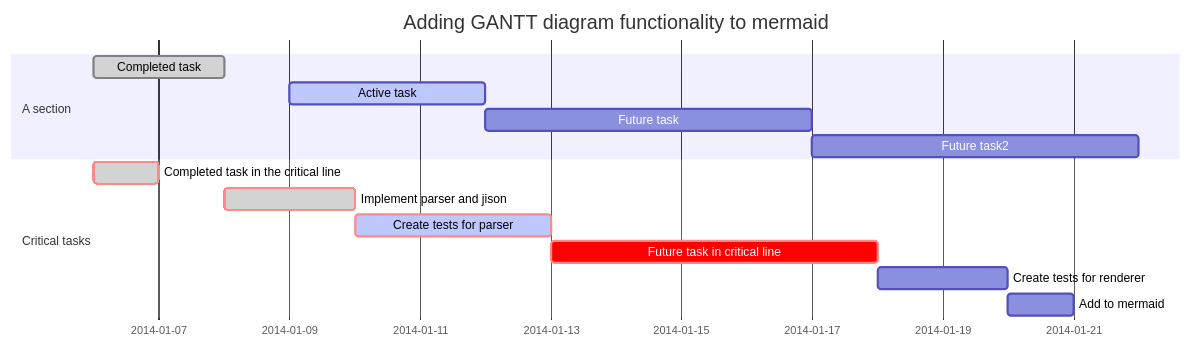
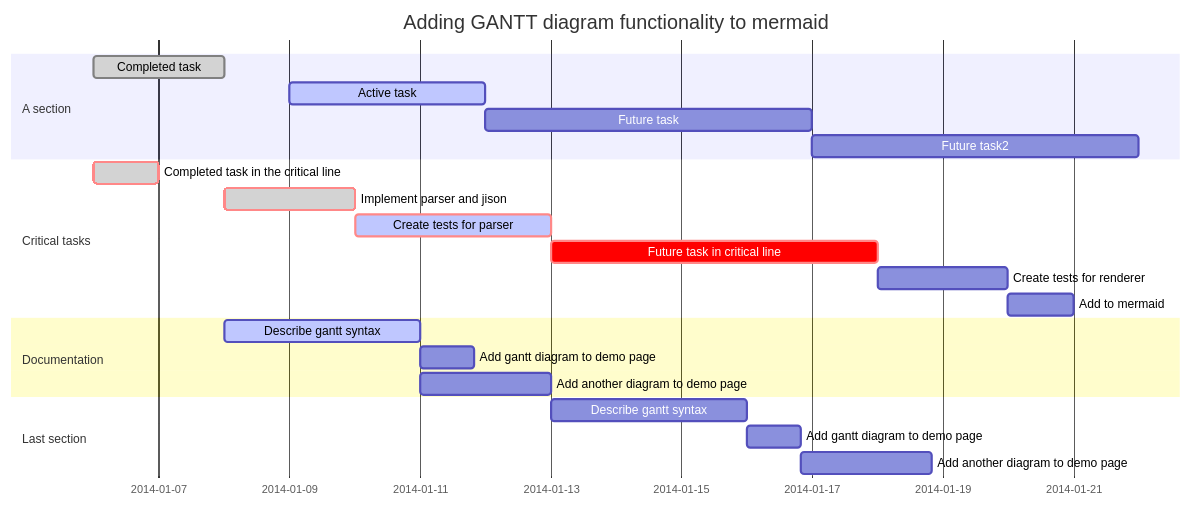
Before and after one commit to qingyunzs/qingyunzs.github.io: the third of 6 diagrams in _orgs/_posts/softwareEngineering/2019-03-05-markdown.md, drawn with Mermaid. The commit also changed other lines of this file and 5 other files, not shown here.

````diff
--- a/_orgs/_posts/softwareEngineering/2019-03-05-markdown.md
+++ b/_orgs/_posts/softwareEngineering/2019-03-05-markdown.md
@@ -800,17 +877,29 @@
 ```mermaid
 gantt
-	dateFormat  YYYY-MM-DD
-	title Adding GANTT diagram functionality to mermaid
-	section A section
-	Completed task            :done,    des1, 2014-01-06,2014-01-08
-	Active task               :active,  des2, 2014-01-09, 3d
-	Future task               :         des3, after des2, 5d
-	Future task2               :         des4, after des3, 5d
-	section Critical tasks
-	Completed task in the critical line :crit, done, 2014-01-06,24h
-	Implement parser and jison          :crit, done, after des1, 2d
-	Create tests for parser             :crit, active, 3d
-	Future task in critical line        :crit, 5d
-	Create tests for renderer           :2d
-	Add to mermaid                      :1d
+    dateFormat  YYYY-MM-DD
+    title Adding GANTT diagram functionality to mermaid
+
+    section A section
+    Completed task            :done,    des1, 2014-01-06,2014-01-08
+    Active task               :active,  des2, 2014-01-09, 3d
+    Future task               :         des3, after des2, 5d
+    Future task2               :         des4, after des3, 5d
+
+    section Critical tasks
+    Completed task in the critical line :crit, done, 2014-01-06,24h
+    Implement parser and jison          :crit, done, after des1, 2d
+    Create tests for parser             :crit, active, 3d
+    Future task in critical line        :crit, 5d
+    Create tests for renderer           :2d
+    Add to mermaid                      :1d
+
+    section Documentation
+    Describe gantt syntax               :active, a1, after des1, 3d
+    Add gantt diagram to demo page      :after a1  , 20h
+    Add another diagram to demo page    :doc1, after a1  , 48h
+
+	section Last section
+    Describe gantt syntax               :after doc1, 3d
+    Add gantt diagram to demo page      : 20h
+    Add another diagram to demo page    : 48h
 ```
````
